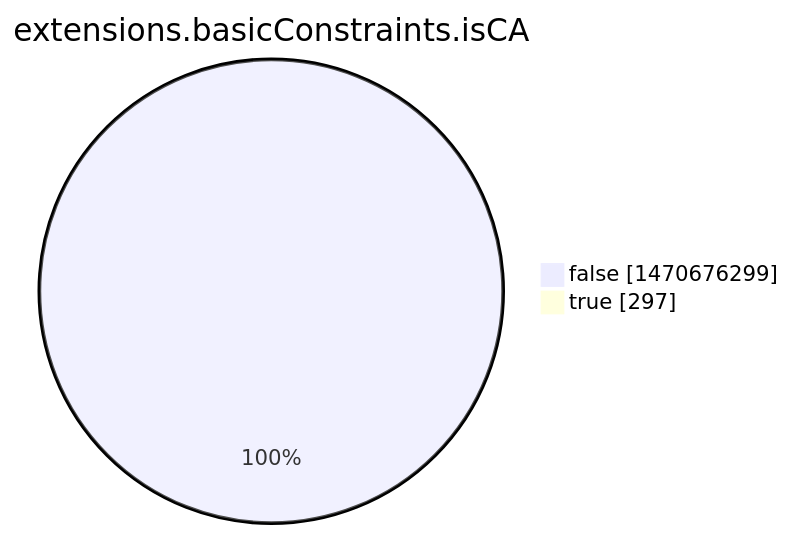
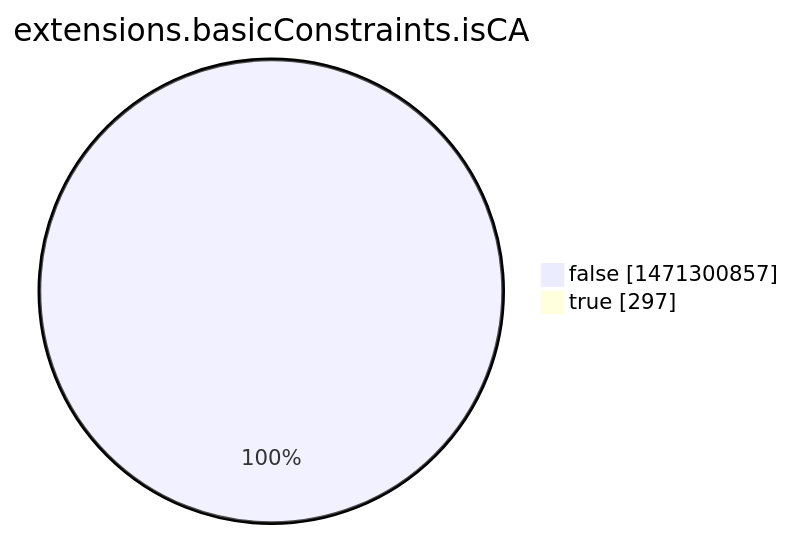
Before and after one commit to christiankrug/ctmonitor_visualization: the eighth of 15 diagrams in argon2022/README.md, drawn with Mermaid. The commit also changed other lines of this file, not shown here.

````diff
--- a/argon2022/README.md
+++ b/argon2022/README.md
@@ -2760,6 +2760,6 @@
 ```mermaid
 pie showData
 title extensions.basicConstraints.isCA
-"false" :1470676299
+"false" :1471300857
 "true" :297
 ```
````
